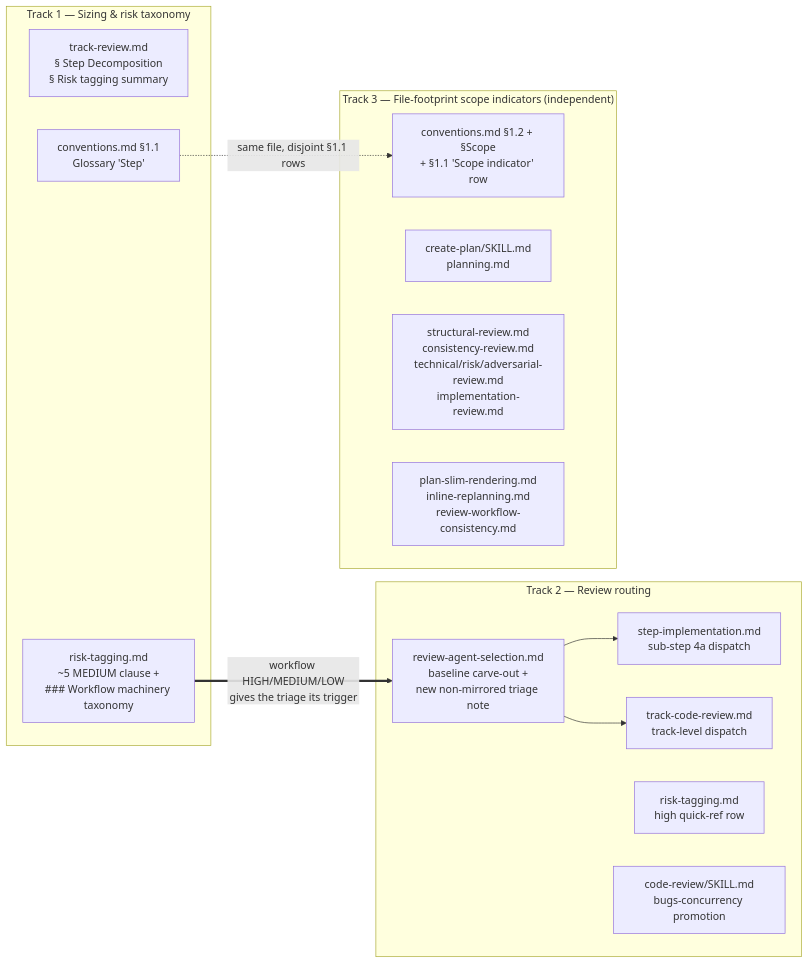
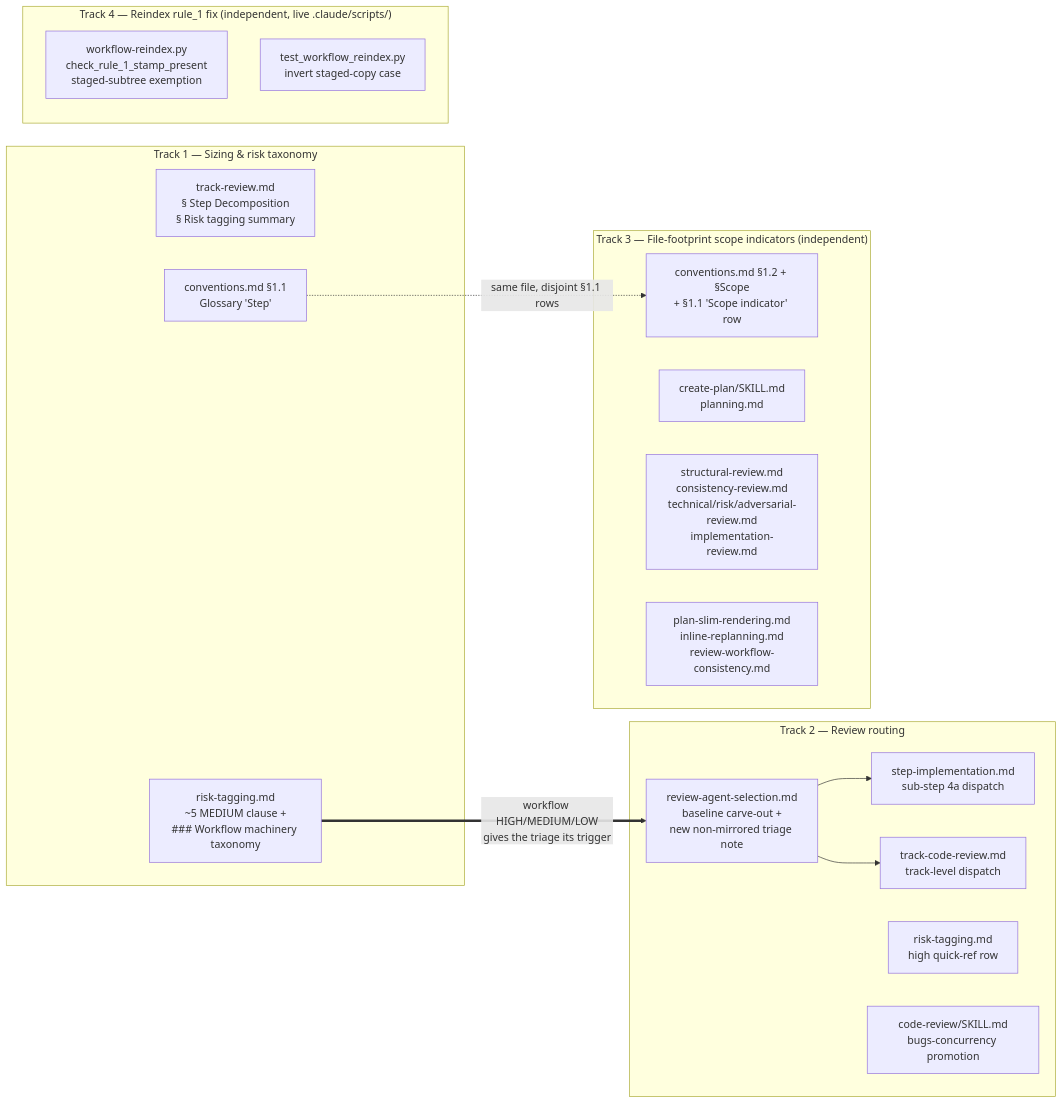
Before and after one commit to JetBrains/youtrackdb: the diagram in docs/adr/step-size-recap/_workflow/implementation-plan.md, drawn with Mermaid. The commit also changed other lines of this file and 5 other files, not shown here.

````diff
--- a/docs/adr/step-size-recap/_workflow/implementation-plan.md
+++ b/docs/adr/step-size-recap/_workflow/implementation-plan.md
@@ -34,25 +34,29 @@
 ```mermaid
 flowchart LR
     subgraph T1["Track 1 — Sizing & risk taxonomy"]
         TR["track-review.md<br/>§ Step Decomposition<br/>§ Risk tagging summary"]
         GLOSS["conventions.md §1.1<br/>Glossary 'Step'"]
         RT_TAX["risk-tagging.md<br/>~5 MEDIUM clause +<br/>### Workflow machinery taxonomy"]
     end
     subgraph T2["Track 2 — Review routing"]
         RAS["review-agent-selection.md<br/>baseline carve-out +<br/>new non-mirrored triage note"]
         SI["step-implementation.md<br/>sub-step 4a dispatch"]
         TCR["track-code-review.md<br/>track-level dispatch"]
         RT_REF["risk-tagging.md<br/>high quick-ref row"]
         SKILL["code-review/SKILL.md<br/>bugs-concurrency promotion"]
     end
     subgraph T3["Track 3 — File-footprint scope indicators (independent)"]
         CONV3["conventions.md §1.2 + §Scope<br/>+ §1.1 'Scope indicator' row"]
         WRITERS["create-plan/SKILL.md<br/>planning.md"]
         CHECKERS["structural-review.md<br/>consistency-review.md<br/>technical/risk/adversarial-review.md<br/>implementation-review.md"]
         RENDER["plan-slim-rendering.md<br/>inline-replanning.md<br/>review-workflow-consistency.md"]
     end
+    subgraph T4["Track 4 — Reindex rule_1 fix (independent, live .claude/scripts/)"]
+        REINDEX["workflow-reindex.py<br/>check_rule_1_stamp_present<br/>staged-subtree exemption"]
+        RTEST["test_workflow_reindex.py<br/>invert staged-copy case"]
+    end
     RT_TAX ==>|"workflow HIGH/MEDIUM/LOW<br/>gives the triage its trigger"| RAS
     RAS --> SI
     RAS --> TCR
     GLOSS -.->|"same file, disjoint §1.1 rows"| CONV3
 ```
````
